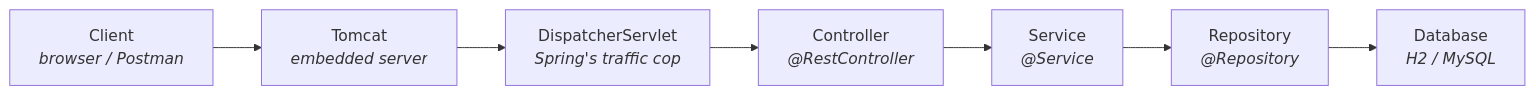
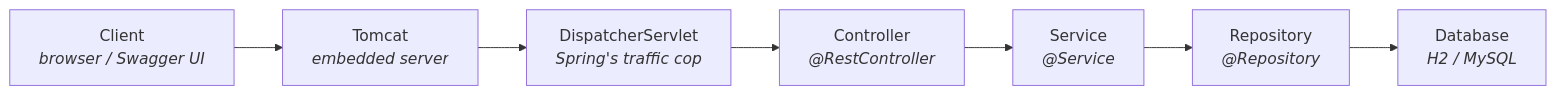
One commit to purvammm/TCS_Sessions changed the sixth of 12 diagrams in notes/session-1-spring-boot-foundations.md. Above: the diagram before and after it, drawn with Mermaid. The commit also changed other lines of this file and 11 other files, not shown here.

````diff
--- a/notes/session-1-spring-boot-foundations.md
+++ b/notes/session-1-spring-boot-foundations.md
@@ -515,9 +515,9 @@
 ```mermaid
 flowchart LR
-    A["Client<br/><i>browser / Postman</i>"] --> B["Tomcat<br/><i>embedded server</i>"]
+    A["Client<br/><i>browser / Swagger UI</i>"] --> B["Tomcat<br/><i>embedded server</i>"]
     B --> C["DispatcherServlet<br/><i>Spring's traffic cop</i>"]
     C --> D["Controller<br/><i>@RestController</i>"]
     D --> E["Service<br/><i>@Service</i>"]
     E --> F["Repository<br/><i>@Repository</i>"]
     F --> G["Database<br/><i>H2 / MySQL</i>"]
 ```
````
